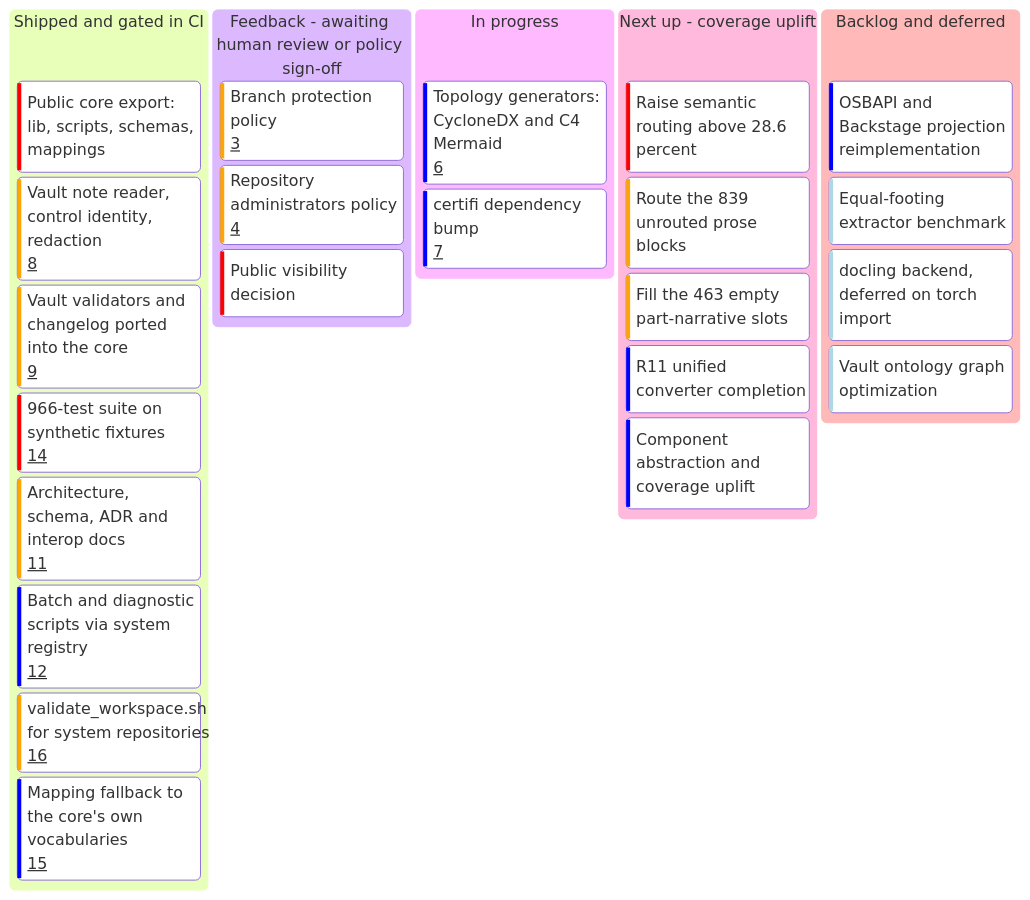
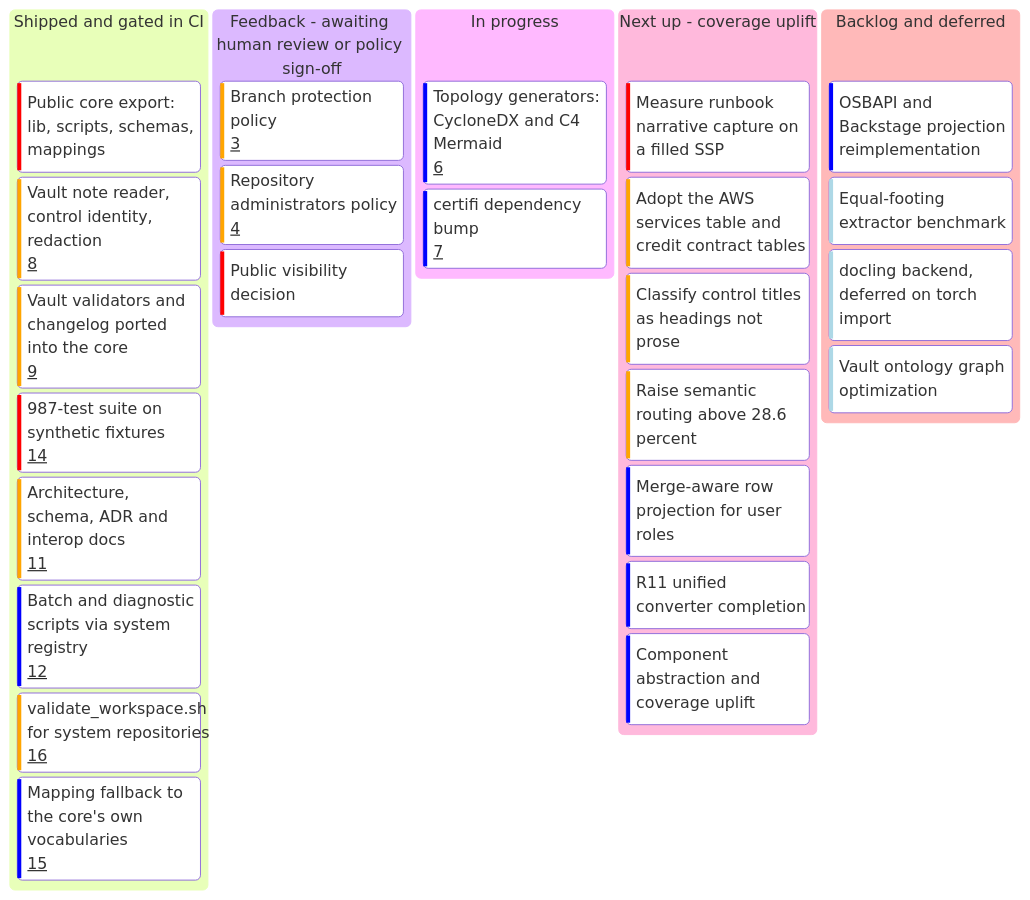
One commit to GSA-TTS/oscal-vault-core changed the second of 4 diagrams in README.md. Above: the diagram before and after it, drawn with Mermaid. The commit also changed other lines of this file and 4 other files, not shown here.

````diff
--- a/README.md
+++ b/README.md
@@ -117,35 +118,37 @@
 ```mermaid
 ---
 config:
   kanban:
     ticketBaseUrl: 'https://github.com/GSA-TTS/oscal-vault-core/issues/#TICKET#'
 ---
 kanban
   shipped[Shipped and gated in CI]
     s1[Public core export: lib, scripts, schemas, mappings]@{ priority: 'Very High' }
     s2[Vault note reader, control identity, redaction]@{ ticket: 8, priority: 'High' }
     s3[Vault validators and changelog ported into the core]@{ ticket: 9, priority: 'High' }
-    s4[966-test suite on synthetic fixtures]@{ ticket: 14, priority: 'Very High' }
+    s4[987-test suite on synthetic fixtures]@{ ticket: 14, priority: 'Very High' }
     s5[Architecture, schema, ADR and interop docs]@{ ticket: 11, priority: 'High' }
     s6[Batch and diagnostic scripts via system registry]@{ ticket: 12, priority: 'Low' }
     s7[validate_workspace.sh for system repositories]@{ ticket: 16, priority: 'High' }
     s8[Mapping fallback to the core's own vocabularies]@{ ticket: 15, priority: 'Low' }
   feedback[Feedback - awaiting human review or policy sign-off]
     f1[Branch protection policy]@{ ticket: 3, priority: 'High' }
     f2[Repository administrators policy]@{ ticket: 4, priority: 'High' }
     f3[Public visibility decision]@{ priority: 'Very High' }
   progress[In progress]
     p1[Topology generators: CycloneDX and C4 Mermaid]@{ ticket: 6, priority: 'Low' }
     p2[certifi dependency bump]@{ ticket: 7, priority: 'Low' }
   next[Next up - coverage uplift]
-    n1[Raise semantic routing above 28.6 percent]@{ priority: 'Very High' }
-    n2[Route the 839 unrouted prose blocks]@{ priority: 'High' }
-    n3[Fill the 463 empty part-narrative slots]@{ priority: 'High' }
-    n4[R11 unified converter completion]@{ priority: 'Low' }
-    n5[Component abstraction and coverage uplift]@{ priority: 'Low' }
+    n1[Measure runbook narrative capture on a filled SSP]@{ priority: 'Very High' }
+    n2[Adopt the AWS services table and credit contract tables]@{ priority: 'High' }
+    n3[Classify control titles as headings not prose]@{ priority: 'High' }
+    n4[Raise semantic routing above 28.6 percent]@{ priority: 'High' }
+    n5[Merge-aware row projection for user roles]@{ priority: 'Low' }
+    n6[R11 unified converter completion]@{ priority: 'Low' }
+    n7[Component abstraction and coverage uplift]@{ priority: 'Low' }
   backlog[Backlog and deferred]
     b1[OSBAPI and Backstage projection reimplementation]@{ priority: 'Low' }
     b2[Equal-footing extractor benchmark]@{ priority: 'Very Low' }
     b3[docling backend, deferred on torch import]@{ priority: 'Very Low' }
     b4[Vault ontology graph optimization]@{ priority: 'Very Low' }
 ```
````
